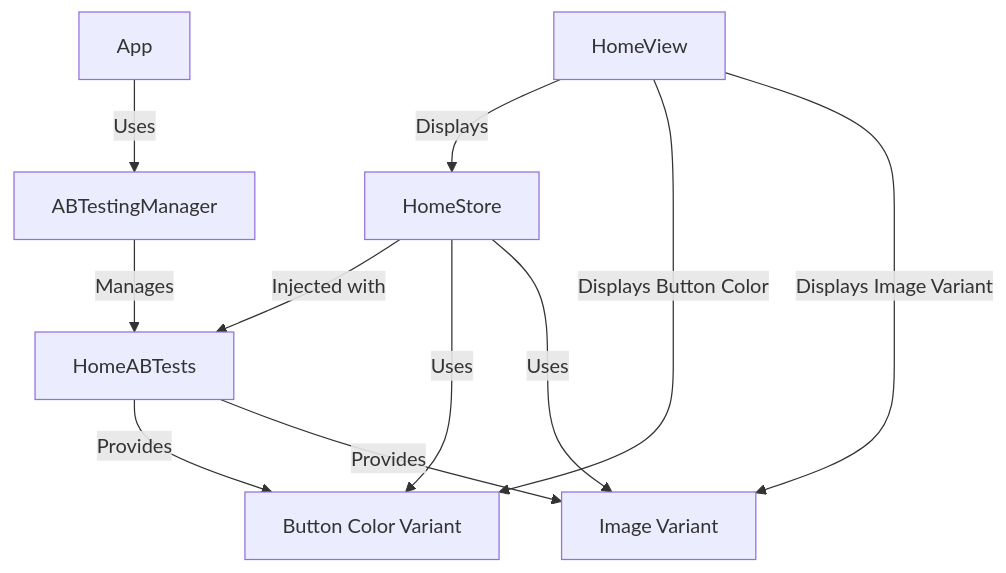
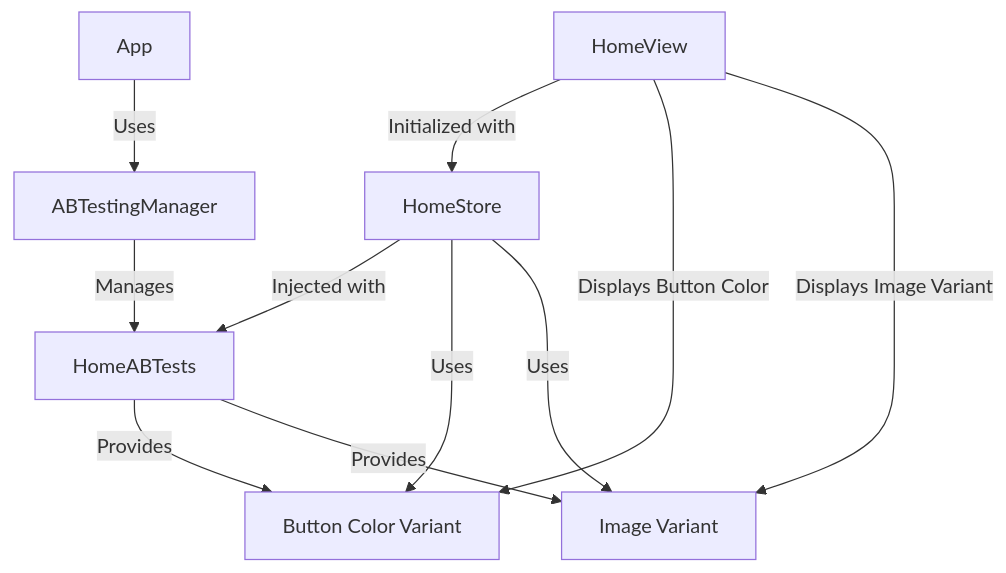
One commit to AntonRomanchuk/ABTestManager changed the diagram in Readme.md. Above: the diagram before and after it, drawn with Mermaid.

````diff
--- a/Readme.md
+++ b/Readme.md
@@ -7,16 +7,16 @@
 ```mermaid
 graph TD;
     A[App] -->|Uses| B[ABTestingManager]
     B -->|Manages| C[HomeABTests]
     C -->|Provides| F[Button Color Variant]
     C -->|Provides| G[Image Variant]
     
     P[HomeStore] -->|Injected with| C
-    R[HomeView] -->|Displays| P
+    R[HomeView] -->|Initialized with| P
     
     P -->|Uses| F
     P -->|Uses| G
     
     R -->|Displays Button Color| F
     R -->|Displays Image Variant| G
 ```
````
